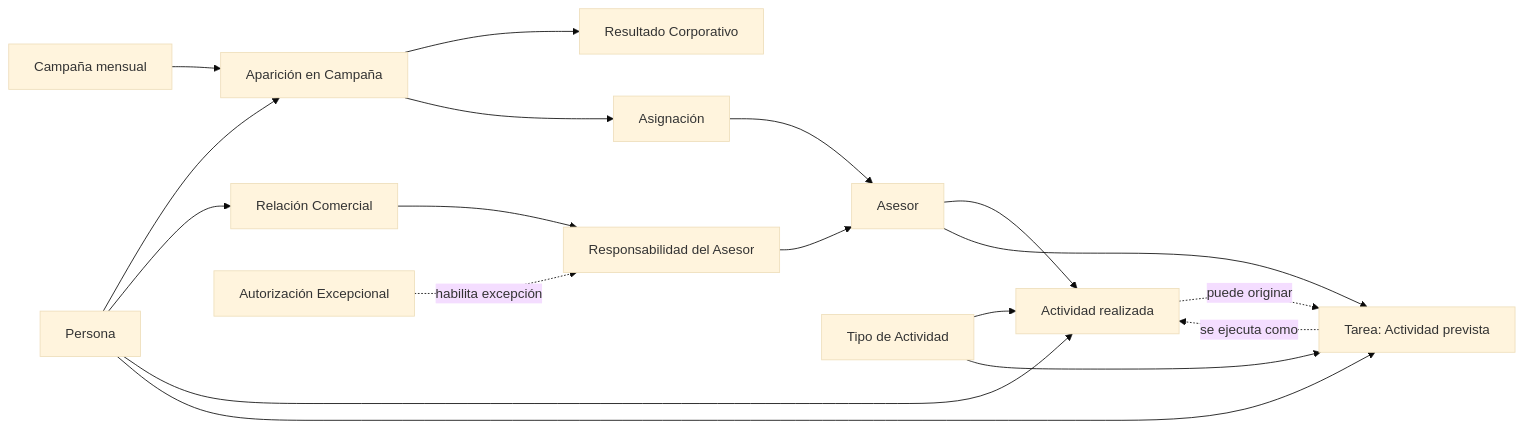
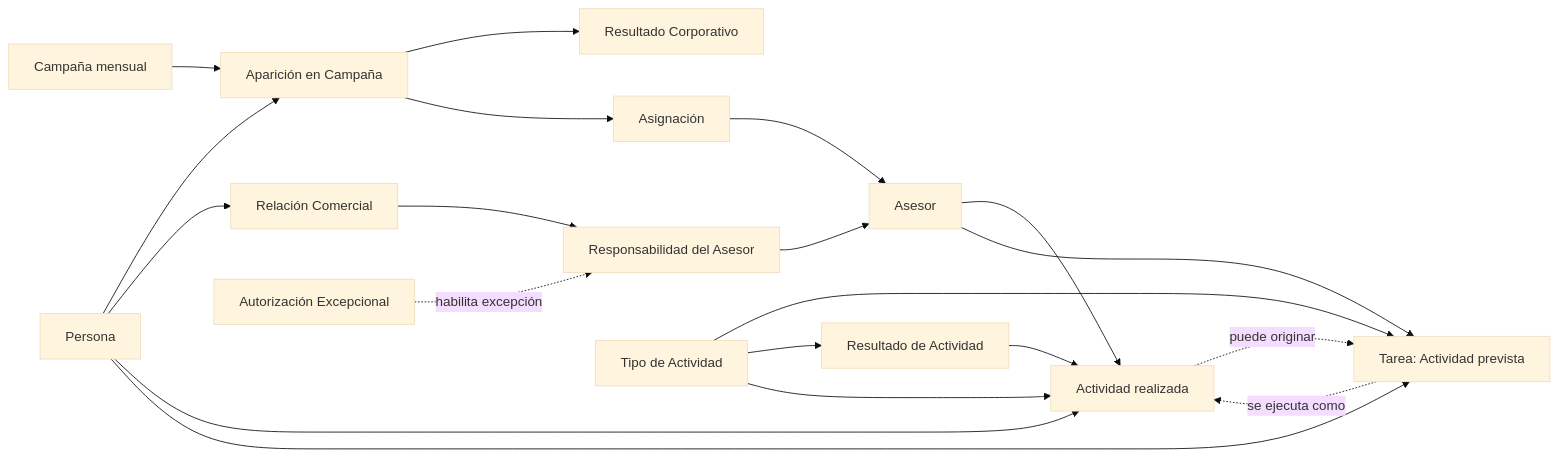
One commit to guilledpn/KNwS7F_2a2LZ7MS changed the diagram in docs/domain/commercial-model.md. Above: the diagram before and after it, drawn with Mermaid (base theme). The commit also changed other lines of this file, not shown here.

````diff
--- a/docs/domain/commercial-model.md
+++ b/docs/domain/commercial-model.md
@@ -48,35 +49,38 @@
 ```mermaid
 flowchart LR
     PERSONA[Persona]
     CAMPANIA[Campaña mensual]
     APARICION[Aparición en Campaña]
     RESULTADO[Resultado Corporativo]
     ASIGNACION[Asignación]
     ASESOR[Asesor]
     RELACION[Relación Comercial]
     RESPONSABILIDAD[Responsabilidad del Asesor]
     AUTORIZACION[Autorización Excepcional]
     TIPO[Tipo de Actividad]
+    RESACT[Resultado de Actividad]
     ACTIVIDAD[Actividad realizada]
     TAREA[Tarea: Actividad prevista]
 
     PERSONA --> APARICION
     CAMPANIA --> APARICION
     APARICION --> RESULTADO
     APARICION --> ASIGNACION
     ASIGNACION --> ASESOR
 
     PERSONA --> RELACION
     RELACION --> RESPONSABILIDAD
     RESPONSABILIDAD --> ASESOR
     AUTORIZACION -. habilita excepción .-> RESPONSABILIDAD
 
+    TIPO --> TAREA
+    TIPO --> RESACT
+    RESACT --> ACTIVIDAD
     TIPO --> ACTIVIDAD
-    TIPO --> TAREA
     PERSONA --> ACTIVIDAD
     ASESOR --> ACTIVIDAD
     PERSONA --> TAREA
     ASESOR --> TAREA
     ACTIVIDAD -. puede originar .-> TAREA
     TAREA -. se ejecuta como .-> ACTIVIDAD
 ```
````
